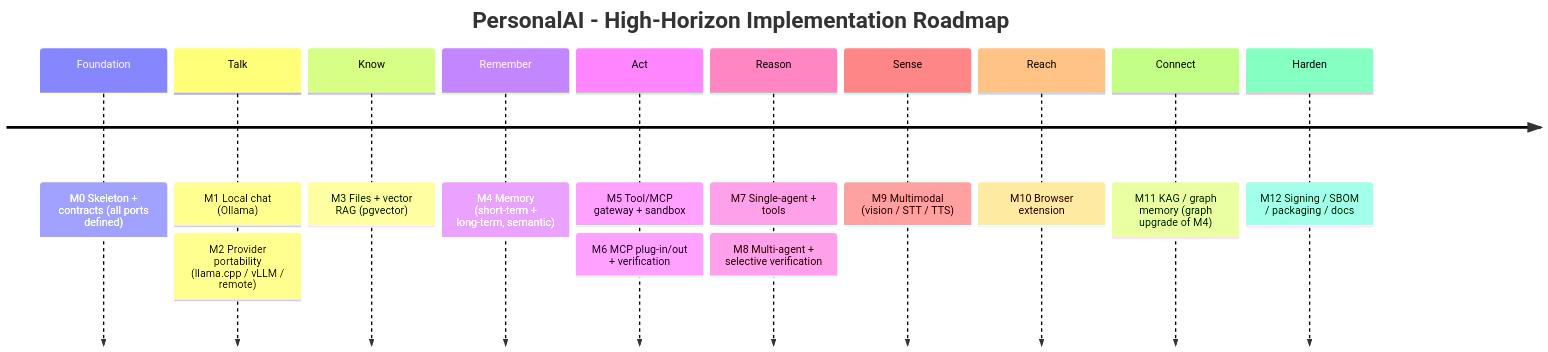
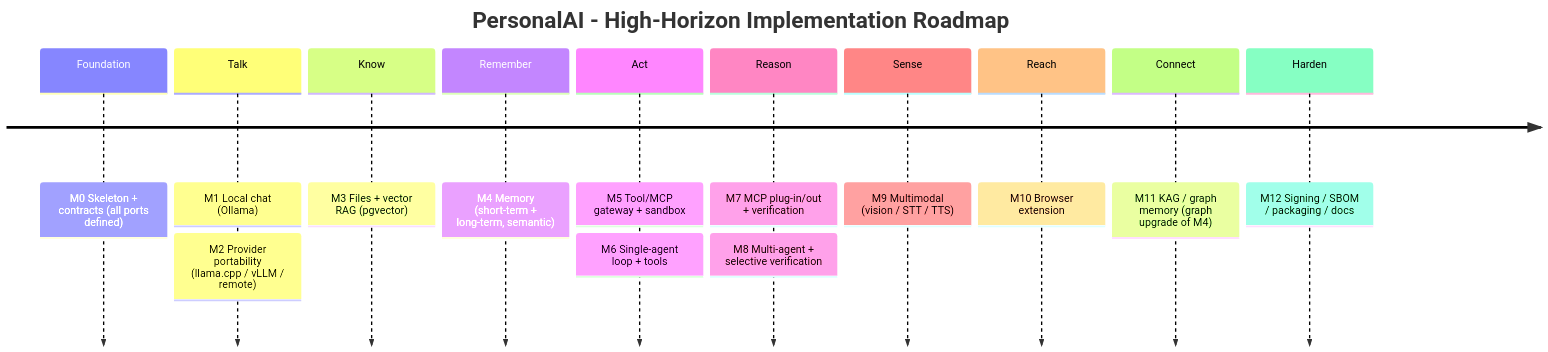
One commit to lucianhanga/personal-ai changed the second of 2 diagrams in docs/architecture/PersonalAI-Architecture-Research.md. Above: the diagram before and after it, drawn with Mermaid. The commit also changed other lines of this file and 11 other files, not shown here.

````diff
--- a/docs/architecture/PersonalAI-Architecture-Research.md
+++ b/docs/architecture/PersonalAI-Architecture-Research.md
@@ -573,14 +576,14 @@
 ```mermaid
 timeline
     title PersonalAI - High-Horizon Implementation Roadmap
     Foundation : M0 Skeleton + contracts (all ports defined)
     Talk       : M1 Local chat (Ollama) : M2 Provider portability (llama.cpp / vLLM / remote)
     Know       : M3 Files + vector RAG (pgvector)
     Remember   : M4 Memory (short-term + long-term, semantic)
-    Act        : M5 Tool/MCP gateway + sandbox : M6 MCP plug-in/out + verification
-    Reason     : M7 Single-agent + tools : M8 Multi-agent + selective verification
+    Act        : M5 Tool/MCP gateway + sandbox : M6 Single-agent loop + tools
+    Reason     : M7 MCP plug-in/out + verification : M8 Multi-agent + selective verification
     Sense      : M9 Multimodal (vision / STT / TTS)
     Reach      : M10 Browser extension
     Connect    : M11 KAG / graph memory (graph upgrade of M4)
     Harden     : M12 Signing / SBOM / packaging / docs
 ```
````
